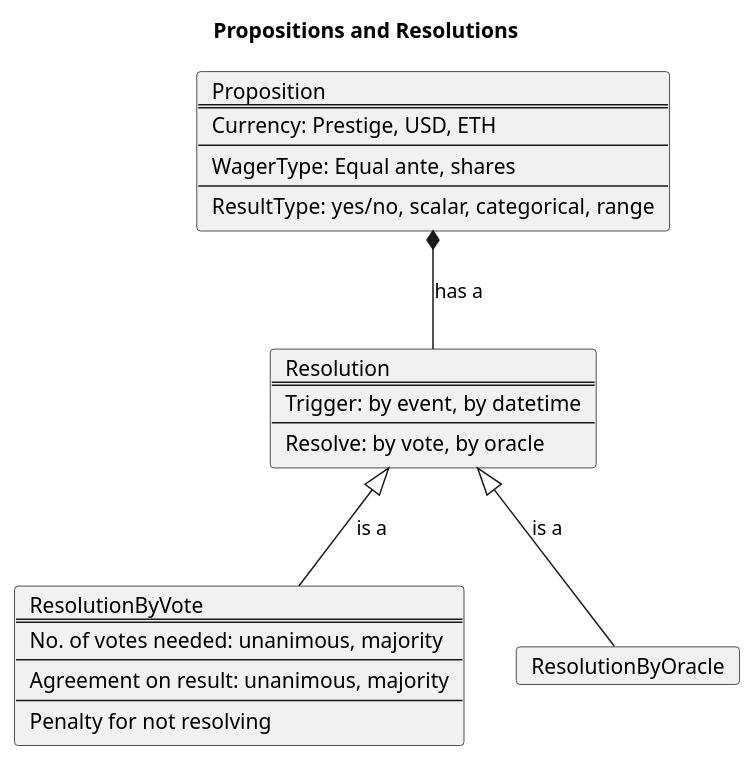
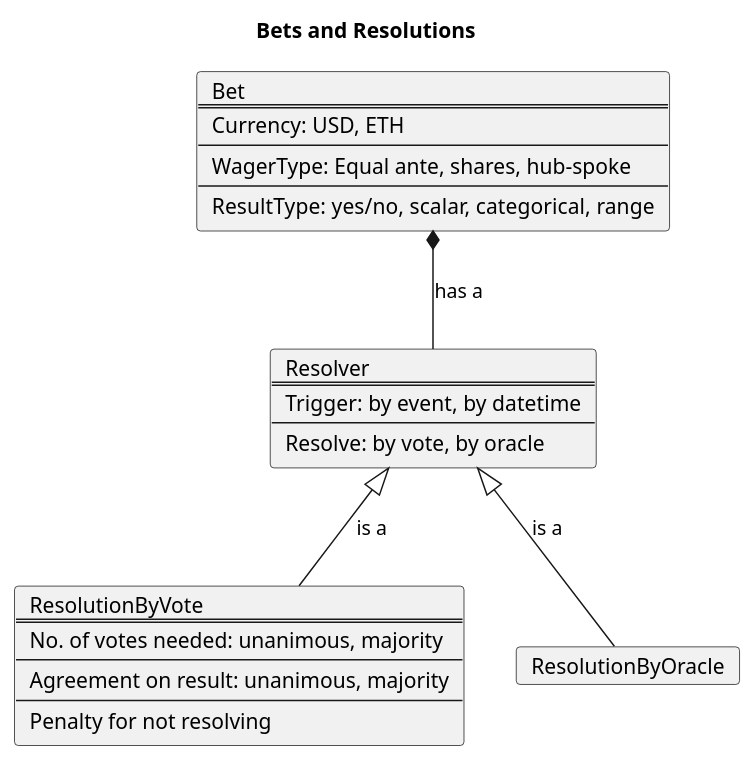
One commit to adhurjaty/prediction-app changed the diagram in docs/Diagrams/src/Architecture/propositions.puml. Above: the diagram before and after it, drawn with PlantUML. The commit also changed 12 other files, not shown here.

Commit message:
Implemented BetAgainstMe bet type

```diff
--- a/docs/Diagrams/src/Architecture/propositions.puml
+++ b/docs/Diagrams/src/Architecture/propositions.puml
@@ -1,39 +1,39 @@
 @startuml Propositions and Resolutions
 
-title Propositions and Resolutions
+title Bets and Resolutions
 
-card Proposition [
-    Proposition
+card Bet [
+    Bet
     ====
-    Currency: Prestige, USD, ETH
+    Currency: USD, ETH
     ----
-    WagerType: Equal ante, shares
+    WagerType: Equal ante, shares, hub-spoke
     ----
     ResultType: yes/no, scalar, categorical, range
 ]
 
 card Resolution [
-    Resolution
+    Resolver
     ====
     Trigger: by event, by datetime
     ----
     Resolve: by vote, by oracle
 ]
 
 card ResolutionByVote [
     ResolutionByVote
     ====
     No. of votes needed: unanimous, majority 
     ----
     Agreement on result: unanimous, majority
     ----
     Penalty for not resolving
 ]
 card ResolutionByOracle
 
-Proposition *-- Resolution : has a
+Bet *-- Resolution : has a
 Resolution ^-- ResolutionByOracle : is a
 Resolution ^-- ResolutionByVote : is a
 
 
 @enduml
```
